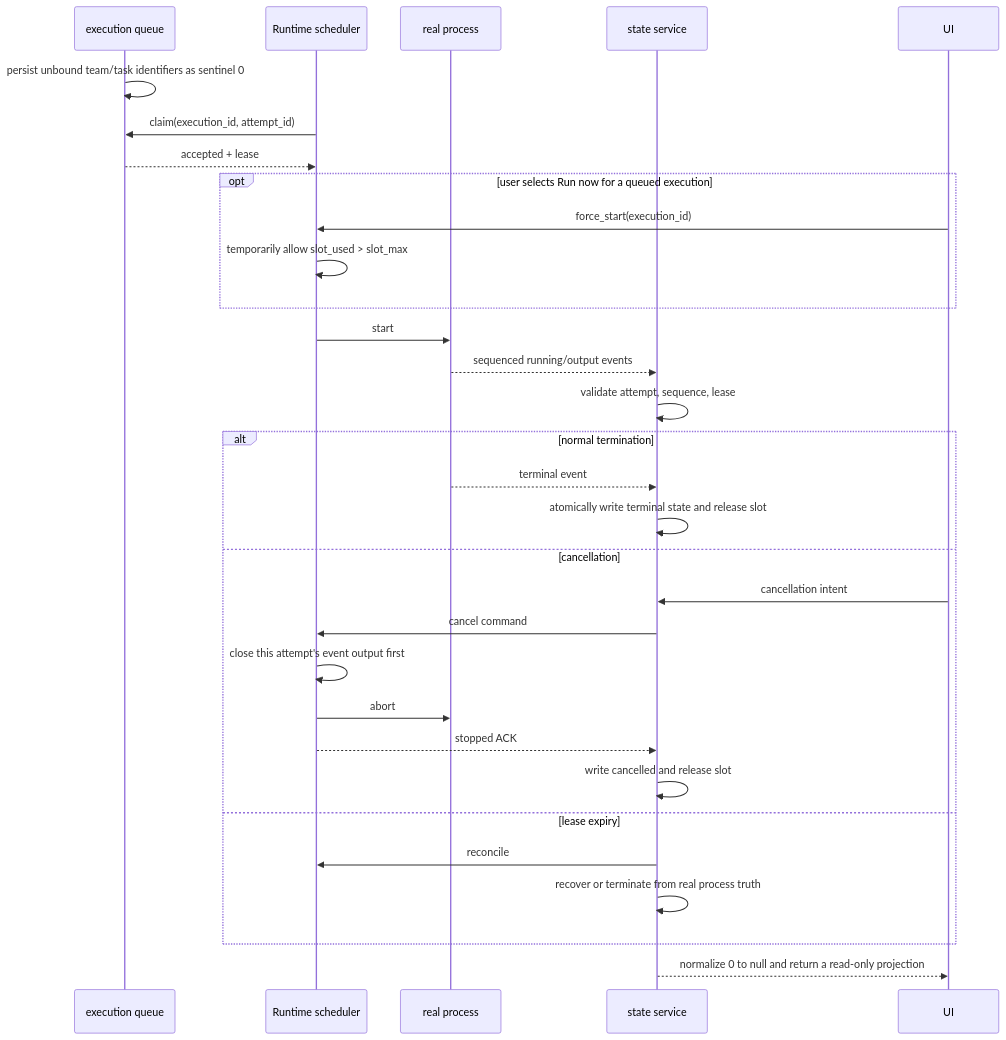
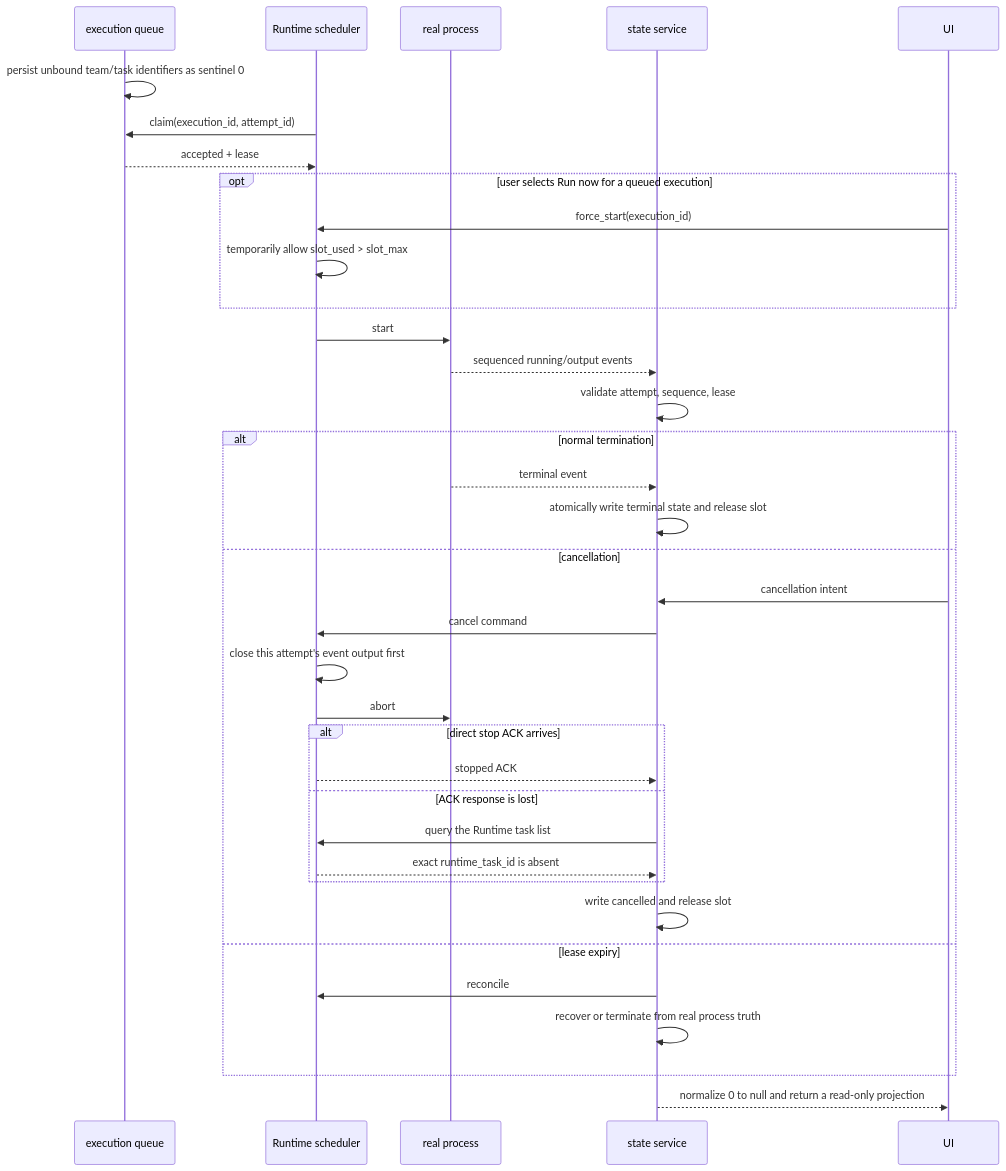
One commit to wecode-ai/wegent-docs changed the second of 2 diagrams in docs/architecture/project-execution-state.md. Above: the diagram before and after it, drawn with Mermaid. The commit also changed other lines of this file and 17 other files, not shown here.

````diff
--- a/docs/architecture/project-execution-state.md
+++ b/docs/architecture/project-execution-state.md
@@ -28,34 +28,39 @@
 ```mermaid
 sequenceDiagram
     participant Q as execution queue
     participant R as Runtime scheduler
     participant P as real process
     participant S as state service
     participant U as UI
 
     Q->>Q: persist unbound team/task identifiers as sentinel 0
     R->>Q: claim(execution_id, attempt_id)
     Q-->>R: accepted + lease
     opt user selects Run now for a queued execution
         U->>R: force_start(execution_id)
         R->>R: temporarily allow slot_used > slot_max
     end
     R->>P: start
     P-->>S: sequenced running/output events
     S->>S: validate attempt, sequence, lease
     alt normal termination
         P-->>S: terminal event
         S->>S: atomically write terminal state and release slot
     else cancellation
         U->>S: cancellation intent
         S->>R: cancel command
         R->>R: close this attempt's event output first
         R->>P: abort
-        R-->>S: stopped ACK
+        alt direct stop ACK arrives
+            R-->>S: stopped ACK
+        else ACK response is lost
+            S->>R: query the Runtime task list
+            R-->>S: exact runtime_task_id is absent
+        end
         S->>S: write cancelled and release slot
     else lease expiry
         S->>R: reconcile
         S->>S: recover or terminate from real process truth
     end
     S-->>U: normalize 0 to null and return a read-only projection
 ```
````
